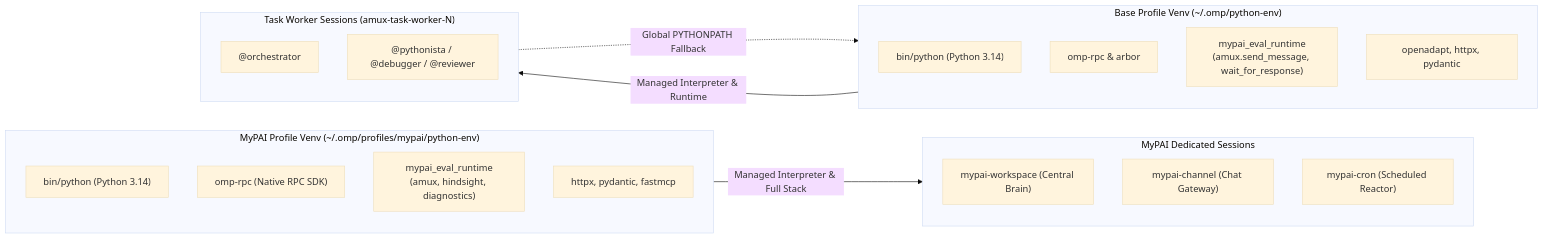
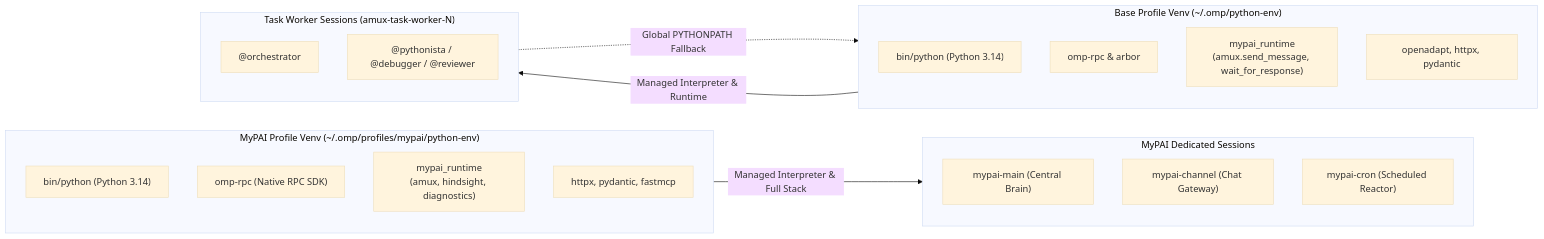
One commit to wuxxin/mypai changed the second of 2 diagrams in references/mypai-spec.md. Above: the diagram before and after it, drawn with Mermaid (base theme). The commit also changed other lines of this file and 13 other files, not shown here.

First line of the commit message:
refactor(mesh): rename mypai-workspace to mypai-main across configs, agents, and documentation

````diff
--- a/references/mypai-spec.md
+++ b/references/mypai-spec.md
@@ -81,35 +81,35 @@
 ```mermaid
 flowchart LR
     subgraph BaseEnv["Base Profile Venv (~/.omp/python-env)"]
         direction TB
         B_Py["bin/python (Python 3.14)"]
         B_Rpc["omp-rpc & arbor"]
-        B_Run["mypai_eval_runtime<br/>(amux.send_message, wait_for_response)"]
+        B_Run["mypai_runtime<br/>(amux.send_message, wait_for_response)"]
         B_Pkgs["openadapt, httpx, pydantic"]
     end
 
     subgraph ProfileEnv["MyPAI Profile Venv (~/.omp/profiles/mypai/python-env)"]
         direction TB
         P_Py["bin/python (Python 3.14)"]
         P_Rpc["omp-rpc (Native RPC SDK)"]
-        P_Run["mypai_eval_runtime<br/>(amux, hindsight, diagnostics)"]
+        P_Run["mypai_runtime<br/>(amux, hindsight, diagnostics)"]
         P_Pkgs["httpx, pydantic, fastmcp"]
     end
 
     subgraph TaskWorkers["Task Worker Sessions (amux-task-worker-N)"]
         direction TB
         TW1["@orchestrator"]
         TW2["@pythonista / @debugger / @reviewer"]
     end
 
     subgraph CoreSessions["MyPAI Dedicated Sessions"]
         direction TB
-        CS1["mypai-workspace (Central Brain)"]
+        CS1["mypai-main (Central Brain)"]
         CS2["mypai-channel (Chat Gateway)"]
         CS3["mypai-cron (Scheduled Reactor)"]
     end
 
     BaseEnv -->|"Managed Interpreter & Runtime"| TaskWorkers
     ProfileEnv -->|"Managed Interpreter & Full Stack"| CoreSessions
     TaskWorkers -.->|"Global PYTHONPATH Fallback"| B_Run
 ```
````
